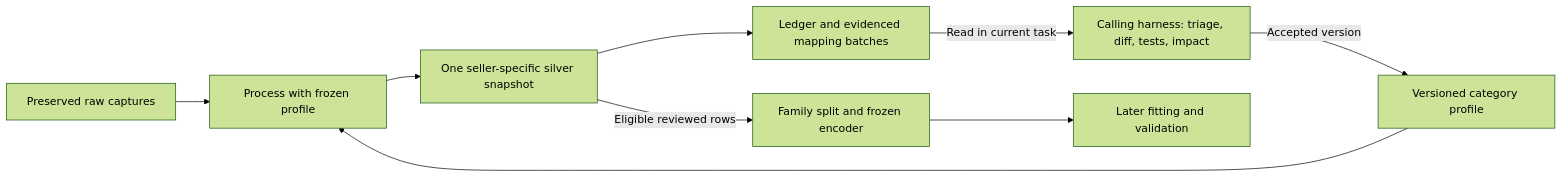
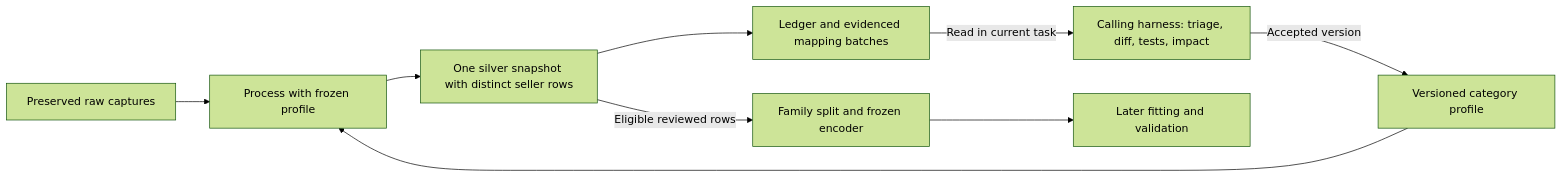
One commit to CoralLeiCN/rgc changed the diagram in docs/category-processing.md. Above: the diagram before and after it, drawn with Mermaid (forest theme). The commit also changed other lines of this file and 24 other files, not shown here.

````diff
--- a/docs/category-processing.md
+++ b/docs/category-processing.md
@@ -33,11 +29,11 @@
 ```mermaid
 flowchart LR
     R[Preserved raw captures] --> P[Process with frozen profile]
     C[Versioned category profile] --> P
-    P --> S[One seller-specific silver snapshot]
+    P --> S[One silver snapshot with distinct seller rows]
     S --> B[Ledger and evidenced mapping batches]
     B -->|Read in current task| H[Calling harness: triage, diff, tests, impact]
     H -->|Accepted version| C
     S -->|Eligible reviewed rows| M[Family split and frozen encoder]
     M --> F[Later fitting and validation]
 ```
````
